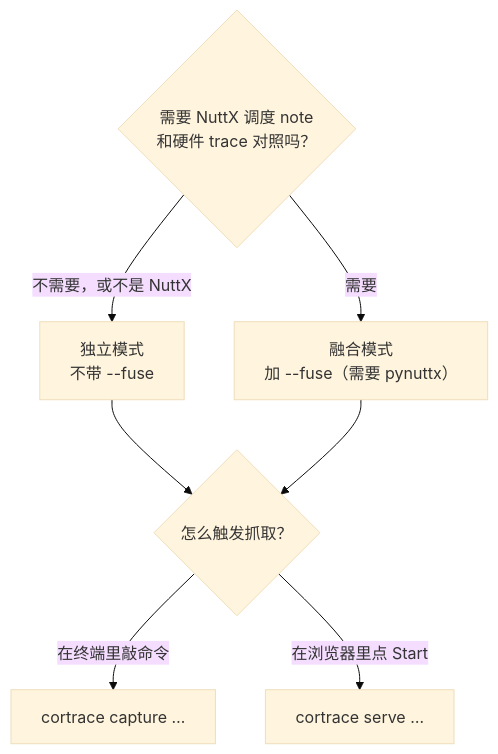
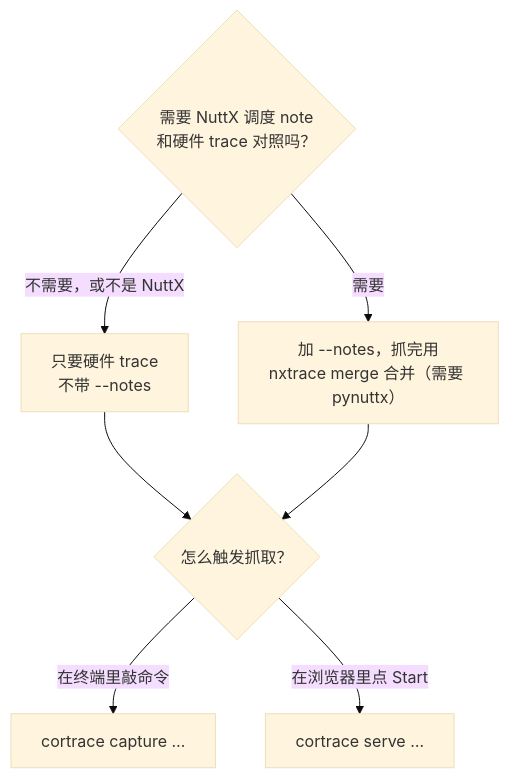
Before and after one commit to FASTSHIFT/cortrace: the second of 5 diagrams in docs/04-user-guide.md, drawn with Mermaid (base theme). The commit also changed other lines of this file and 4 other files, not shown here.

First line of the commit message:
docs: describe cortrace as hardware-only and merging with nxtrace merge

````diff
--- a/docs/04-user-guide.md
+++ b/docs/04-user-guide.md
@@ -62,10 +65,10 @@
 ```mermaid
 flowchart TD
     Q1{"需要 NuttX 调度 note<br/>和硬件 trace 对照吗？"}
-    Q1 -->|"不需要，或不是 NuttX"| M1["独立模式<br/>不带 --fuse"]
-    Q1 -->|"需要"| M2["融合模式<br/>加 --fuse（需要 pynuttx）"]
+    Q1 -->|"不需要，或不是 NuttX"| M1["只要硬件 trace<br/>不带 --notes"]
+    Q1 -->|"需要"| M2["加 --notes，抓完用<br/>nxtrace merge 合并（需要 pynuttx）"]
     M1 --> Q2{"怎么触发抓取？"}
     M2 --> Q2
     Q2 -->|"在终端里敲命令"| C1["cortrace capture …"]
     Q2 -->|"在浏览器里点 Start"| C2["cortrace serve …"]
 ```
````
